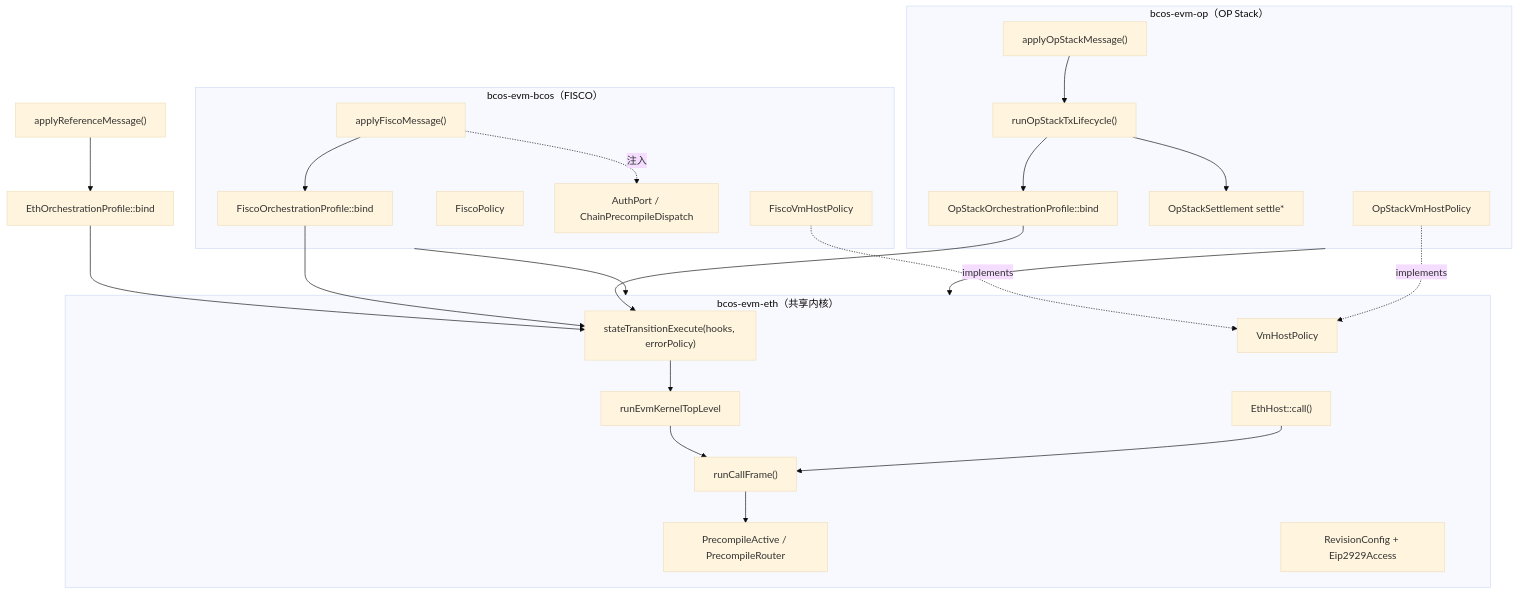
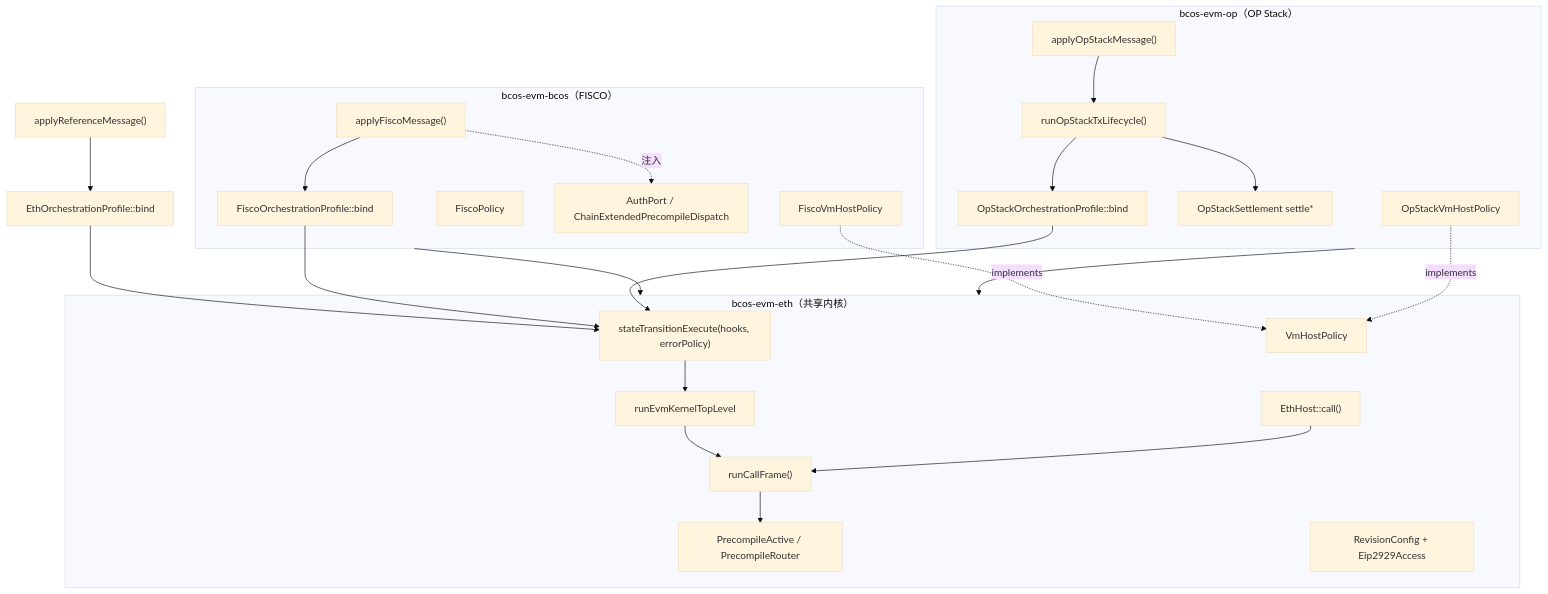
Before and after one commit to ywy2090/FISCO-BCOS: the diagram in bcos-evm/docs/architecture-overview.md, drawn with Mermaid (base theme). The commit also changed other lines of this file and 60 other files, not shown here.

First line of the commit message:
chore(bcos-evm): remove ADR/geth markers and rename chain precompile port

````diff
--- a/bcos-evm/docs/architecture-overview.md
+++ b/bcos-evm/docs/architecture-overview.md
@@ -36,41 +36,41 @@
 ```mermaid
 graph TD
     subgraph kernel["bcos-evm-eth（共享内核）"]
         RO["stateTransitionExecute(hooks, errorPolicy)"]
         TEA["runEvmKernelTopLevel"]
         EF["runCallFrame()"]
         PA["PrecompileActive / PrecompileRouter"]
         EH["EthHost::call()"]
         VHP["VmHostPolicy"]
         RC["RevisionConfig + Eip2929Access"]
     end
     subgraph bcos["bcos-evm-bcos（FISCO）"]
         FEB["applyFiscoMessage()"]
         FOP["FiscoOrchestrationProfile::bind"]
         FVP["FiscoVmHostPolicy"]
         FP["FiscoPolicy"]
-        PORTS["AuthPort / ChainPrecompileDispatch"]
+        PORTS["AuthPort / ChainExtendedPrecompileDispatch"]
     end
     subgraph op["bcos-evm-op（OP Stack）"]
         OEB["applyOpStackMessage()"]
         OTL["runOpStackTxLifecycle()"]
         OOP["OpStackOrchestrationProfile::bind"]
         OSET["OpStackSettlement settle*"]
         OVP["OpStackVmHostPolicy"]
     end
     ETH["applyReferenceMessage()"] --> EOP["EthOrchestrationProfile::bind"]
     EOP --> RO
     FEB --> FOP --> RO
     OEB --> OTL
     OTL --> OOP --> RO
     OTL --> OSET
     RO --> TEA
     TEA --> EF
     EF --> PA
     EH --> EF
     FVP -.implements.-> VHP
     OVP -.implements.-> VHP
     FEB -. 注入 .-> PORTS
     bcos --> kernel
     op --> kernel
 ```
````
